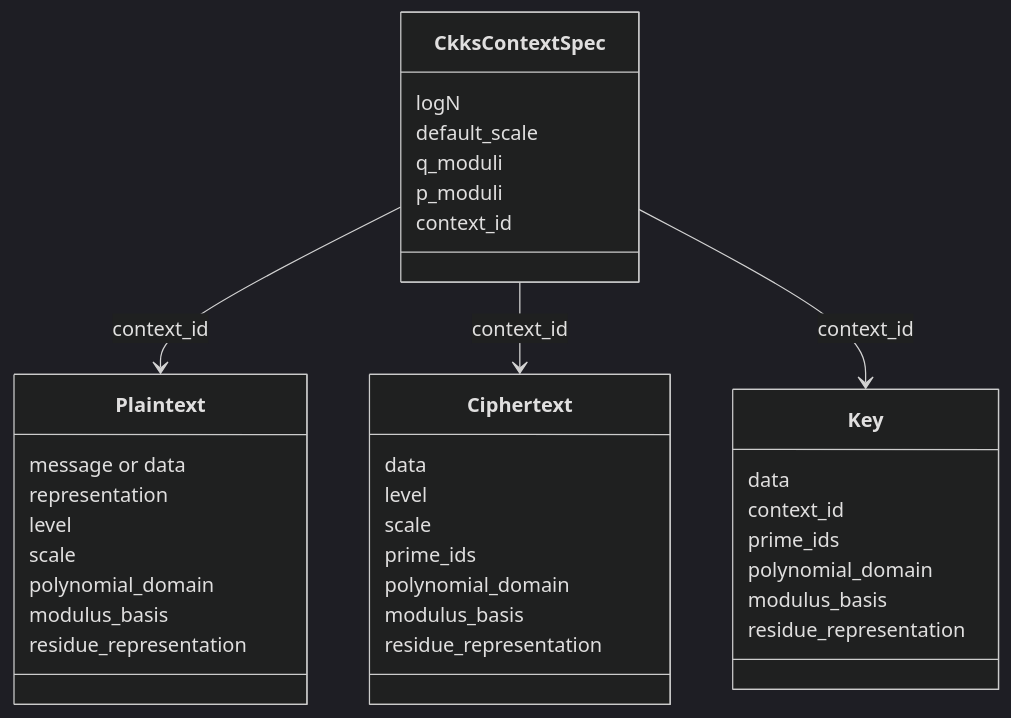
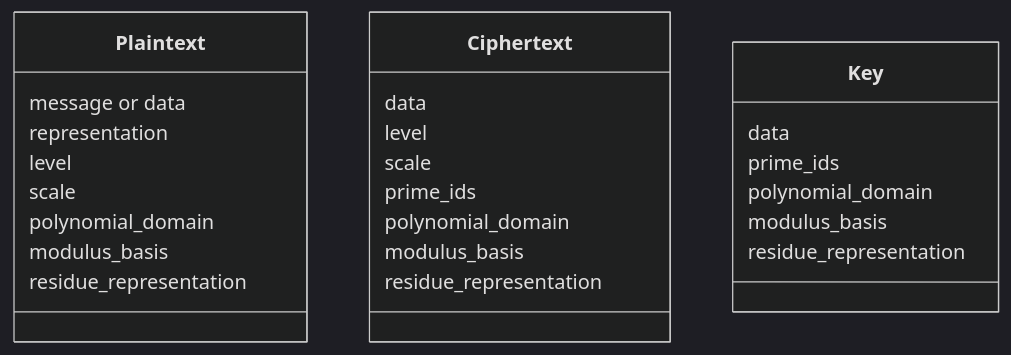
Before and after one commit to visualDust/fhelium: the first of 3 diagrams in docs/concepts/ckks/value-model-and-identity.md, drawn with Mermaid (dark theme). The commit also changed other lines of this file and 612 other files, not shown here.

Commit message:
Introduce several architecture changes and support Windows native build

````diff
--- a/docs/concepts/ckks/value-model-and-identity.md
+++ b/docs/concepts/ckks/value-model-and-identity.md
@@ -15,39 +14,28 @@
 ```mermaid
 classDiagram
-    class CkksContextSpec {
-      logN
-      default_scale
-      q_moduli
-      p_moduli
-      context_id
-    }
     class Plaintext {
       message or data
       representation
       level
       scale
       polynomial_domain
       modulus_basis
       residue_representation
     }
     class Ciphertext {
       data
       level
       scale
       prime_ids
       polynomial_domain
       modulus_basis
       residue_representation
     }
     class Key {
       data
-      context_id
       prime_ids
       polynomial_domain
       modulus_basis
       residue_representation
     }
-    CkksContextSpec --> Plaintext : context_id
-    CkksContextSpec --> Ciphertext : context_id
-    CkksContextSpec --> Key : context_id
 ```
````
